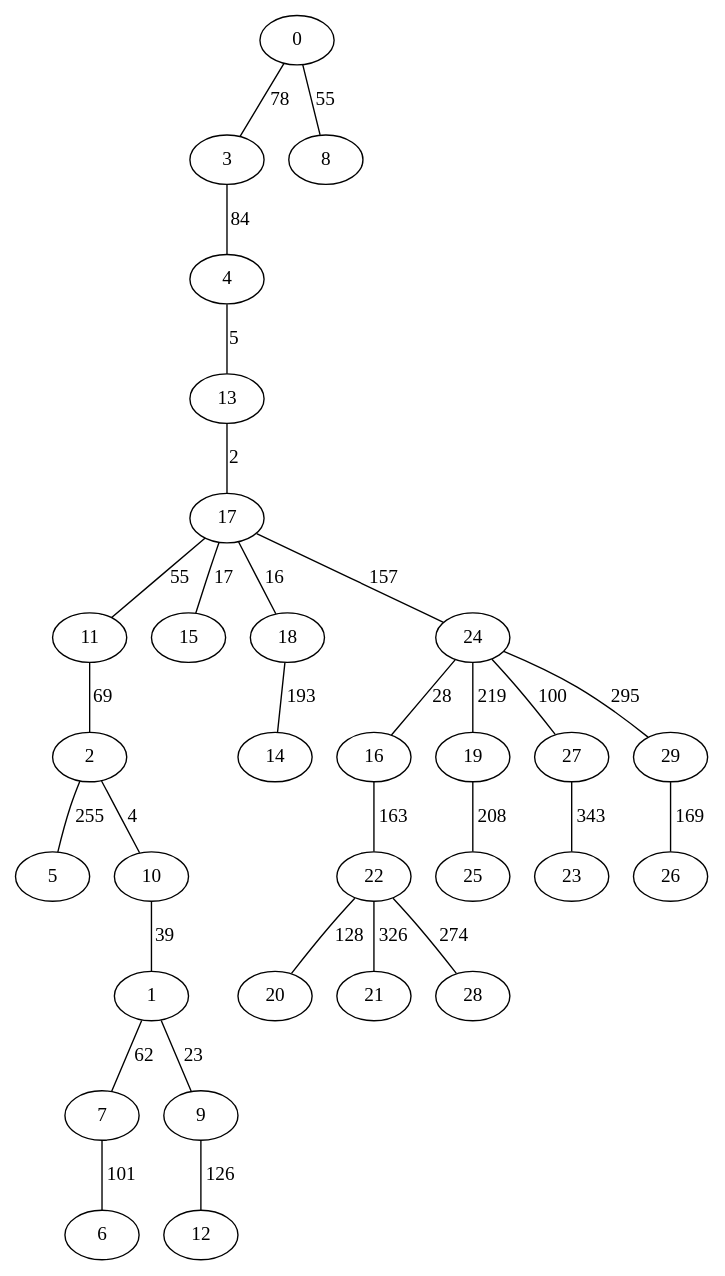
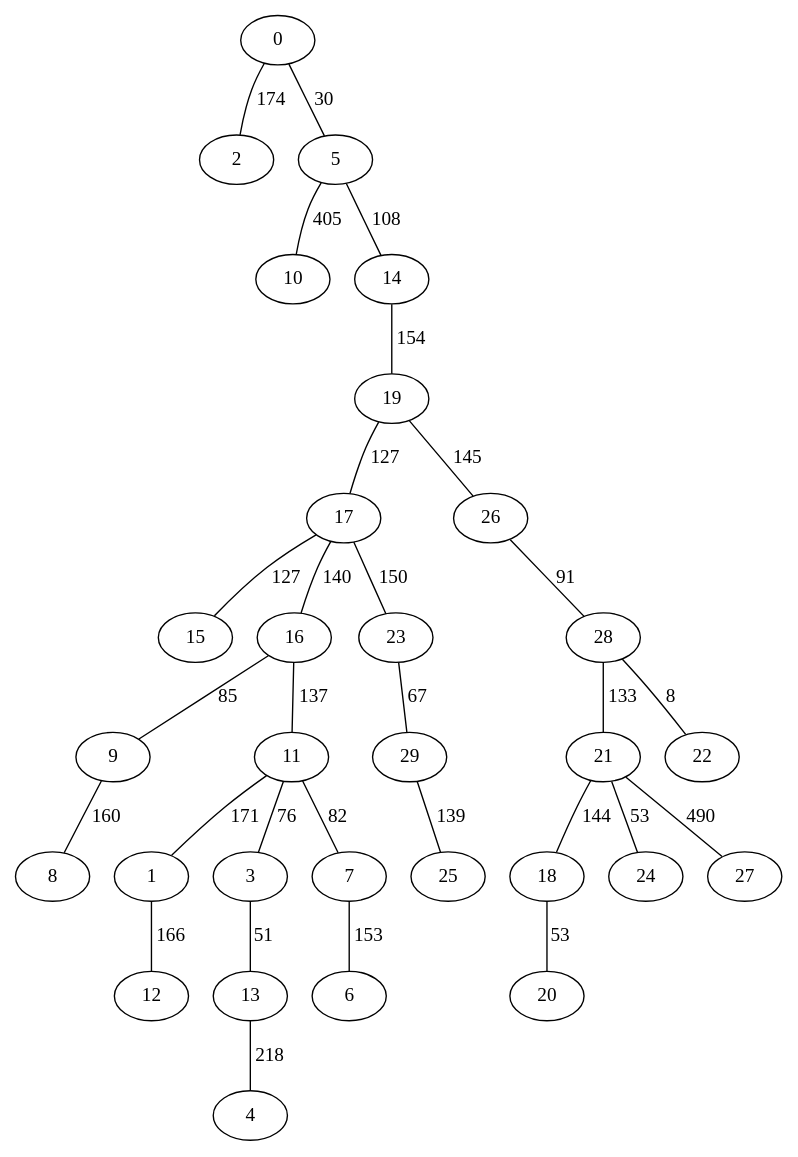
Before and after one commit to IngYordiDelgado/Proyecto_Grafos_DAA_4: the diagram in Archivos gv/Babarasi/grafo_babarasi_30_10_Prim.gv, drawn with Graphviz. The commit also changed 7 other files, not shown here.

```diff
--- a/Archivos gv/Babarasi/grafo_babarasi_30_10_Prim.gv
+++ b/Archivos gv/Babarasi/grafo_babarasi_30_10_Prim.gv
@@ -1,61 +1,61 @@
 strict graph G {
 0;
 1;
 2;
 3;
 4;
 5;
 6;
 7;
 8;
 9;
 10;
 11;
 12;
 13;
 14;
 15;
 16;
 17;
 18;
 19;
 20;
 21;
 22;
 23;
 24;
 25;
 26;
 27;
 28;
 29;
-1 -- 9  [label=23];
-17 -- 11  [label=55];
-29 -- 26  [label=169];
-24 -- 16  [label=28];
-22 -- 20  [label=128];
-16 -- 22  [label=163];
-7 -- 6  [label=101];
-2 -- 10  [label=4];
-3 -- 4  [label=84];
-0 -- 8  [label=55];
-19 -- 25  [label=208];
-4 -- 13  [label=5];
-17 -- 18  [label=16];
-22 -- 21  [label=326];
-0 -- 3  [label=78];
-1 -- 7  [label=62];
-2 -- 5  [label=255];
-22 -- 28  [label=274];
-11 -- 2  [label=69];
-13 -- 17  [label=2];
-17 -- 15  [label=17];
-17 -- 24  [label=157];
-9 -- 12  [label=126];
-18 -- 14  [label=193];
-24 -- 27  [label=100];
-24 -- 19  [label=219];
-24 -- 29  [label=295];
-27 -- 23  [label=343];
-10 -- 1  [label=39];
+0 -- 5  [label=30];
+17 -- 23  [label=150];
+28 -- 22  [label=8];
+5 -- 10  [label=405];
+19 -- 17  [label=127];
+29 -- 25  [label=139];
+17 -- 15  [label=127];
+0 -- 2  [label=174];
+16 -- 9  [label=85];
+11 -- 7  [label=82];
+28 -- 21  [label=133];
+16 -- 11  [label=137];
+1 -- 12  [label=166];
+11 -- 1  [label=171];
+23 -- 29  [label=67];
+26 -- 28  [label=91];
+5 -- 14  [label=108];
+9 -- 8  [label=160];
+7 -- 6  [label=153];
+14 -- 19  [label=154];
+17 -- 16  [label=140];
+21 -- 18  [label=144];
+11 -- 3  [label=76];
+19 -- 26  [label=145];
+3 -- 13  [label=51];
+21 -- 24  [label=53];
+18 -- 20  [label=53];
+21 -- 27  [label=490];
+13 -- 4  [label=218];
 }
```
